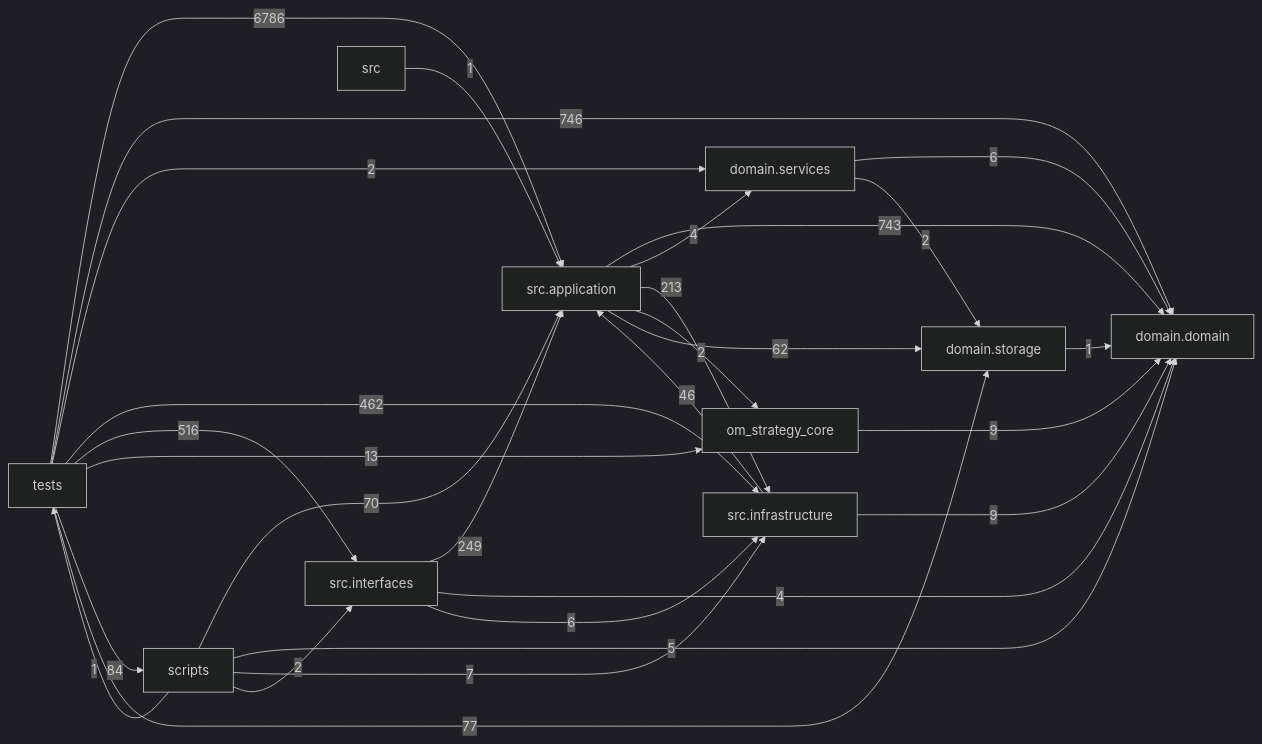
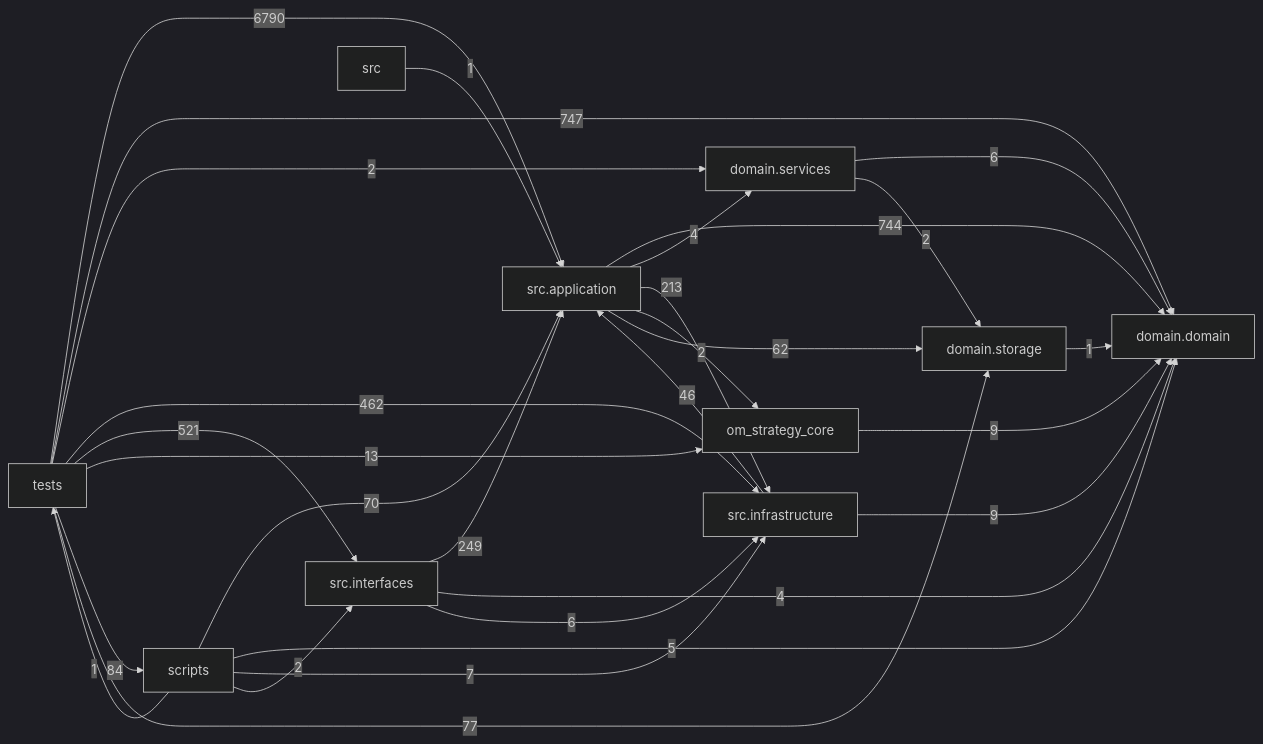
One commit to liuxie066/options-monitor changed the diagram in docs/DEPENDENCY_GRAPH.md. Above: the diagram before and after it, drawn with Mermaid (dark theme). The commit also changed other lines of this file and 11 other files, not shown here.

````diff
--- a/docs/DEPENDENCY_GRAPH.md
+++ b/docs/DEPENDENCY_GRAPH.md
@@ -24,39 +24,39 @@
 ```mermaid
 flowchart LR
   tests["tests"]
   scripts["scripts"]
   interfaces["src.interfaces"]
   application["src.application"]
   infrastructure["src.infrastructure"]
   domain_services["domain.services"]
   domain["domain.domain"]
   storage["domain.storage"]
-  application -->|743| domain
+  application -->|744| domain
   application -->|4| domain_services
   application -->|213| infrastructure
   application -->|2| om_strategy_core
   application -->|62| storage
   domain_services -->|6| domain
   domain_services -->|2| storage
   infrastructure -->|46| application
   infrastructure -->|9| domain
   interfaces -->|249| application
   interfaces -->|4| domain
   interfaces -->|6| infrastructure
   om_strategy_core -->|9| domain
   scripts -->|70| application
   scripts -->|5| domain
   scripts -->|7| infrastructure
   scripts -->|2| interfaces
   scripts -->|1| tests
   src -->|1| application
   storage -->|1| domain
-  tests -->|6786| application
-  tests -->|746| domain
+  tests -->|6790| application
+  tests -->|747| domain
   tests -->|2| domain_services
   tests -->|462| infrastructure
-  tests -->|516| interfaces
+  tests -->|521| interfaces
   tests -->|13| om_strategy_core
   tests -->|84| scripts
   tests -->|77| storage
 ```
````
